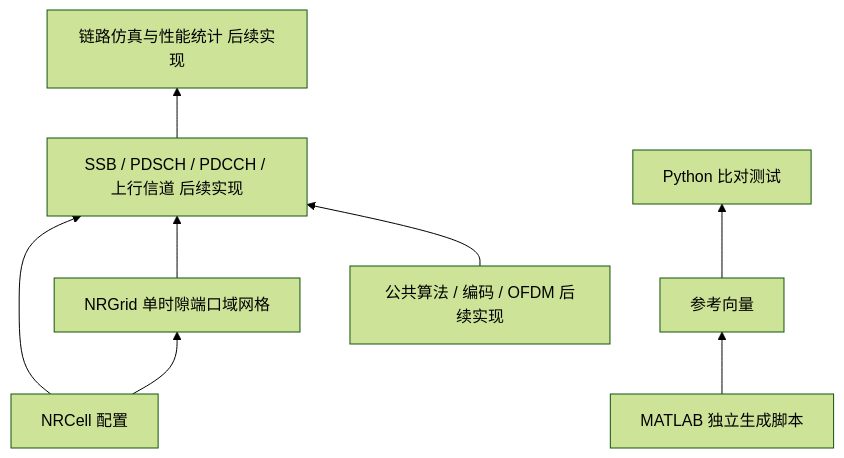
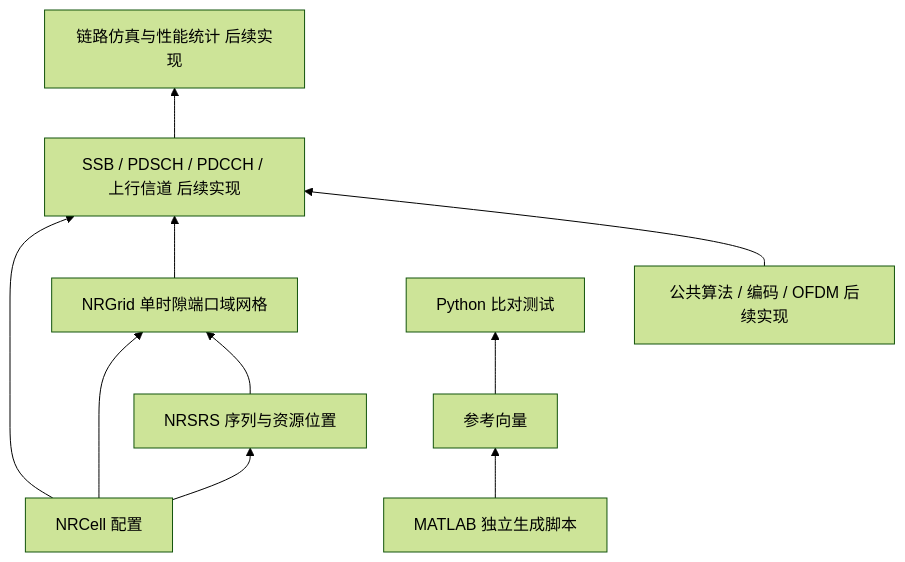
Before and after one commit to gxymmd1995-max/NR-GPT: the diagram in documentation/architecture.md, drawn with Mermaid (forest theme). The commit also changed other lines of this file and 45 other files, not shown here.

Commit message:
feat: add R15 SRS simulation and common sequence algorithms

````diff
--- a/documentation/architecture.md
+++ b/documentation/architecture.md
@@ -42,10 +44,12 @@
 ```mermaid
 flowchart BT
     C[NRCell 配置] --> G[NRGrid 单时隙端口域网格]
+    C --> R[NRSRS 序列与资源位置]
+    R --> G
     C --> H[SSB / PDSCH / PDCCH / 上行信道 后续实现]
     G --> H
     A[公共算法 / 编码 / OFDM 后续实现] --> H
     H --> S[链路仿真与性能统计 后续实现]
     M[MATLAB 独立生成脚本] --> V[参考向量]
     V --> T[Python 比对测试]
 ```
````
